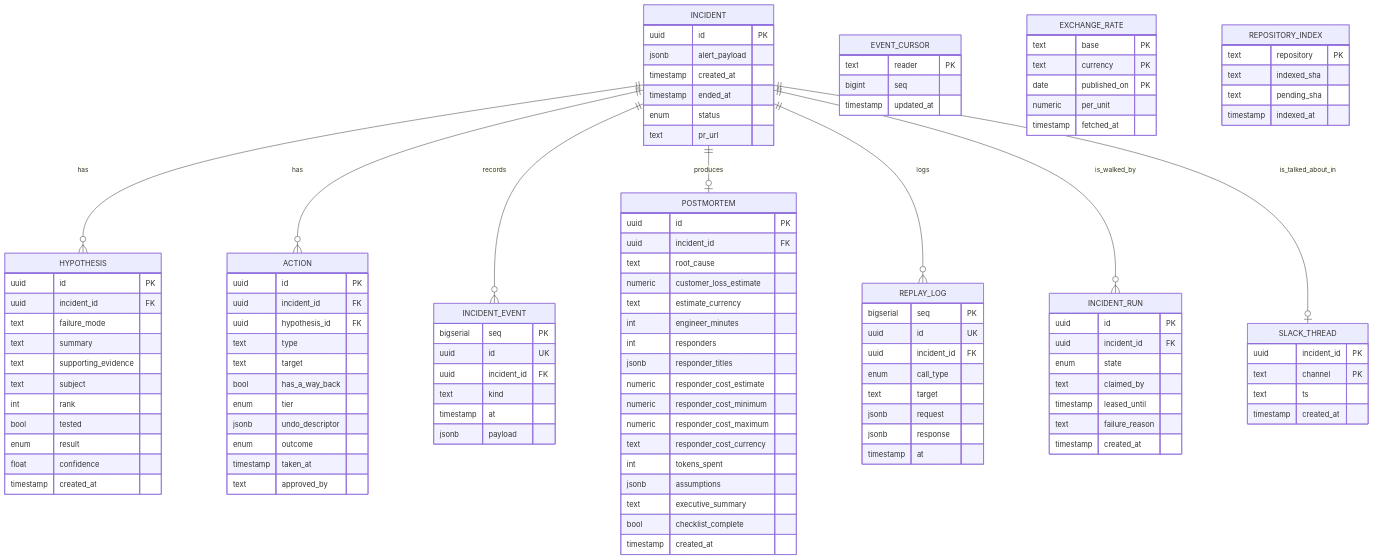
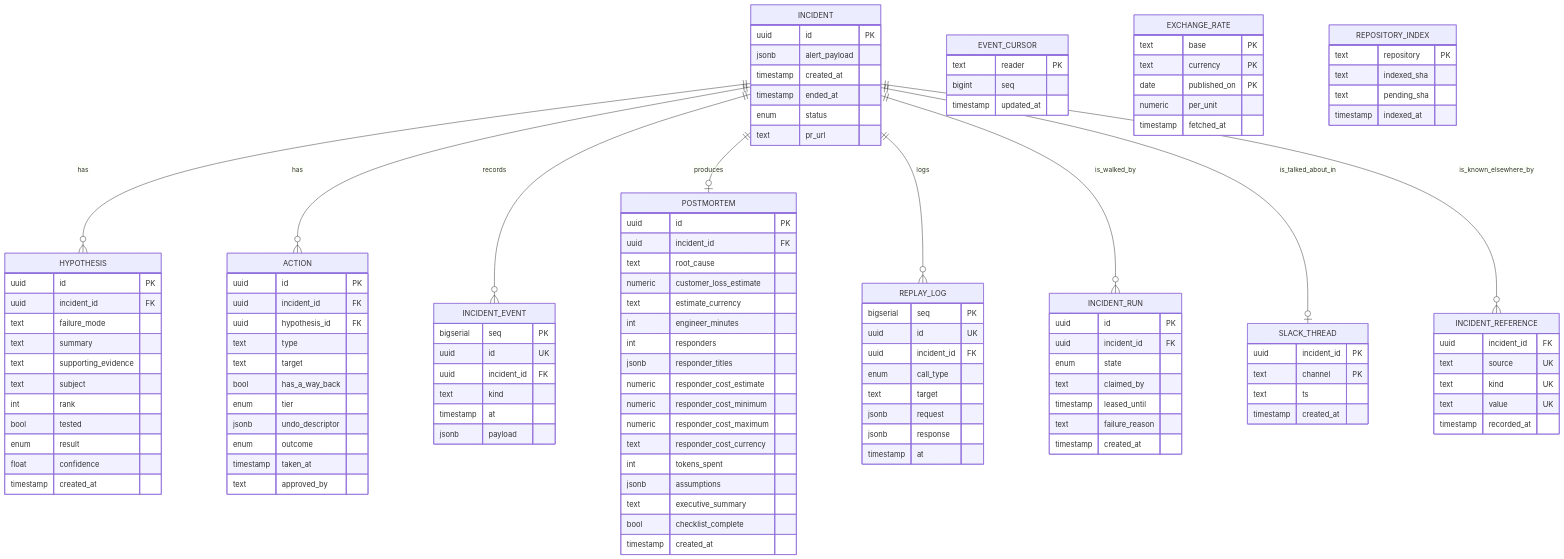
The fourth of 6 diagrams in docs/spec-and-architecture.md (ohadraz/Argus), drawn with Mermaid before and after one commit. The commit also changed other lines of this file and 63 other files, not shown here.

```diff
--- a/docs/spec-and-architecture.md
+++ b/docs/spec-and-architecture.md
@@ -406,6 +409,7 @@
     INCIDENT ||--o{ REPLAY_LOG : logs
     INCIDENT ||--o{ INCIDENT_RUN : is_walked_by
     INCIDENT ||--o| SLACK_THREAD : is_talked_about_in
+    INCIDENT ||--o{ INCIDENT_REFERENCE : is_known_elsewhere_by
 
     INCIDENT {
         uuid id PK
@@ -457,6 +461,13 @@
         text kind
         timestamp at
         jsonb payload
+    }
+    INCIDENT_REFERENCE {
+        uuid incident_id FK
+        text source UK
+        text kind UK
+        text value UK
+        timestamp recorded_at
     }
     SLACK_THREAD {
         uuid incident_id PK
```
